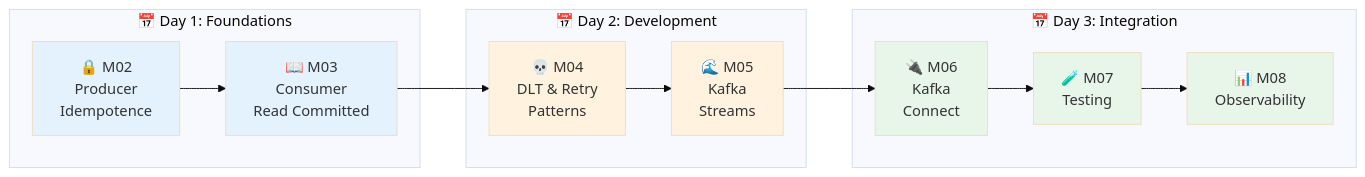
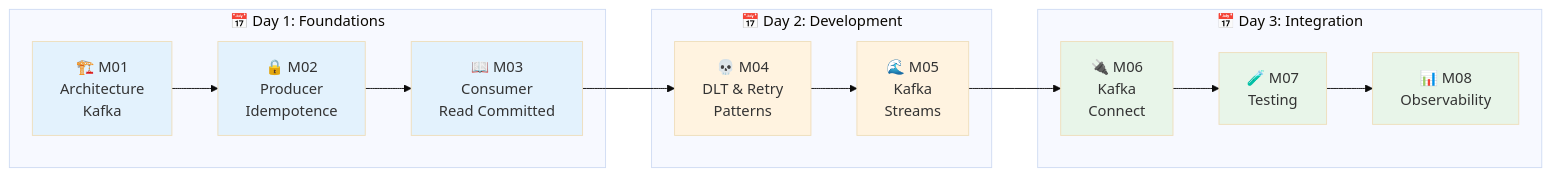
Before and after one commit to msellamiTN/kafka-bhf: the third of 5 diagrams in formation-v2/00-overview/README.md, drawn with Mermaid (base theme). The commit also changed other lines of this file, not shown here.

Commit message:
docs: add Module 01 (Architecture Kafka) to overview and learning path

````diff
--- a/formation-v2/00-overview/README.md
+++ b/formation-v2/00-overview/README.md
@@ -69,28 +70,30 @@
 ```mermaid
 flowchart LR
     subgraph "📅 Day 1: Foundations"
+        M01["🏗️ M01<br/>Architecture<br/>Kafka"]
         M02["🔒 M02<br/>Producer<br/>Idempotence"]
         M03["📖 M03<br/>Consumer<br/>Read Committed"]
     end
     
     subgraph "📅 Day 2: Development"
         M04["💀 M04<br/>DLT & Retry<br/>Patterns"]
         M05["🌊 M05<br/>Kafka<br/>Streams"]
     end
     
     subgraph "📅 Day 3: Integration"
         M06["🔌 M06<br/>Kafka<br/>Connect"]
         M07["🧪 M07<br/>Testing"]
         M08["📊 M08<br/>Observability"]
     end
     
-    M02 --> M03 --> M04 --> M05 --> M06 --> M07 --> M08
+    M01 --> M02 --> M03 --> M04 --> M05 --> M06 --> M07 --> M08
     
+    style M01 fill:#e3f2fd
     style M02 fill:#e3f2fd
     style M03 fill:#e3f2fd
     style M04 fill:#fff3e0
     style M05 fill:#fff3e0
     style M06 fill:#e8f5e9
     style M07 fill:#e8f5e9
     style M08 fill:#e8f5e9
 ```
````
